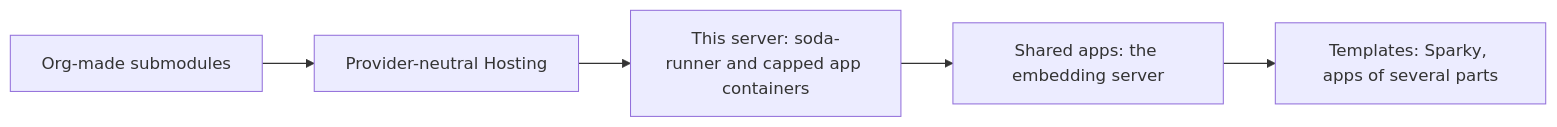
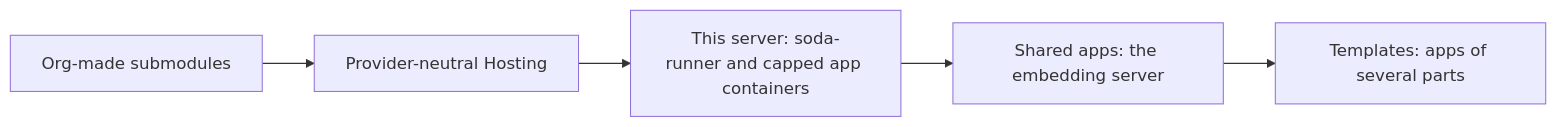
The diagram in docs/roadmap.md (asusoda/soda-internal-api), drawn with Mermaid before and after one commit. The commit also changed other lines of this file, not shown here.

Commit message:
Remove Sparky from the roadmap templates
Sparky is AIS's own project and is not meant for other orgs, so it is
not a shared app template. The roadmap keeps templates that make
several apps and link them. Hermes stays the agent any org can deploy.

````diff
--- a/docs/roadmap.md
+++ b/docs/roadmap.md
@@ -17,7 +17,7 @@
 ```mermaid
 flowchart LR
   a["Org-made submodules"] --> b["Provider-neutral Hosting"]
   b --> d["This server: soda-runner and capped app containers"]
   d --> e["Shared apps: the embedding server"]
-  e --> f["Templates: Sparky, apps of several parts"]
+  e --> f["Templates: apps of several parts"]
 ```
````
